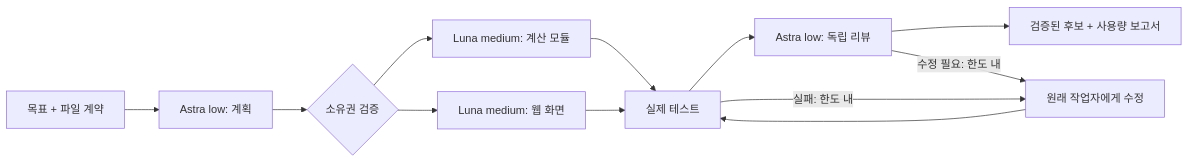
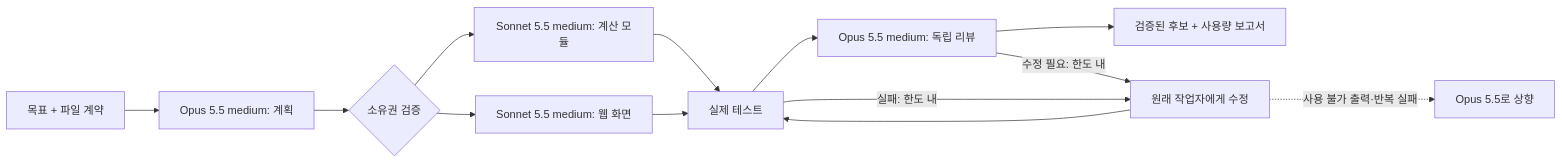
The diagram in README.ko.md (shinjh0380/opus5.5-orchestrator), drawn with Mermaid before and after one commit. The commit also changed other lines of this file and 77 other files, not shown here.

First line of the commit message:
Switch orchestrator from Astra/Luna on Codex to Opus 5.5/Sonnet 5.5 on Claude Code

````diff
--- a/README.ko.md
+++ b/README.ko.md
@@ -9,14 +11,15 @@
 ```mermaid
 flowchart LR
-  Goal[목표 + 파일 계약] --> Plan[Astra low: 계획]
+  Goal[목표 + 파일 계약] --> Plan[Opus 5.5 medium: 계획]
   Plan --> Gate{소유권 검증}
-  Gate --> W1[Luna medium: 계산 모듈]
-  Gate --> W2[Luna medium: 웹 화면]
+  Gate --> W1[Sonnet 5.5 medium: 계산 모듈]
+  Gate --> W2[Sonnet 5.5 medium: 웹 화면]
   W1 --> Test[실제 테스트]
   W2 --> Test
-  Test --> Review[Astra low: 독립 리뷰]
+  Test --> Review[Opus 5.5 medium: 독립 리뷰]
   Review --> Candidate[검증된 후보 + 사용량 보고서]
   Test -->|실패: 한도 내| Repair[원래 작업자에게 수정]
   Review -->|수정 필요: 한도 내| Repair
   Repair --> Test
+  Repair -.->|사용 불가 출력·반복 실패| Esc[Opus 5.5로 상향]
 ```
````
